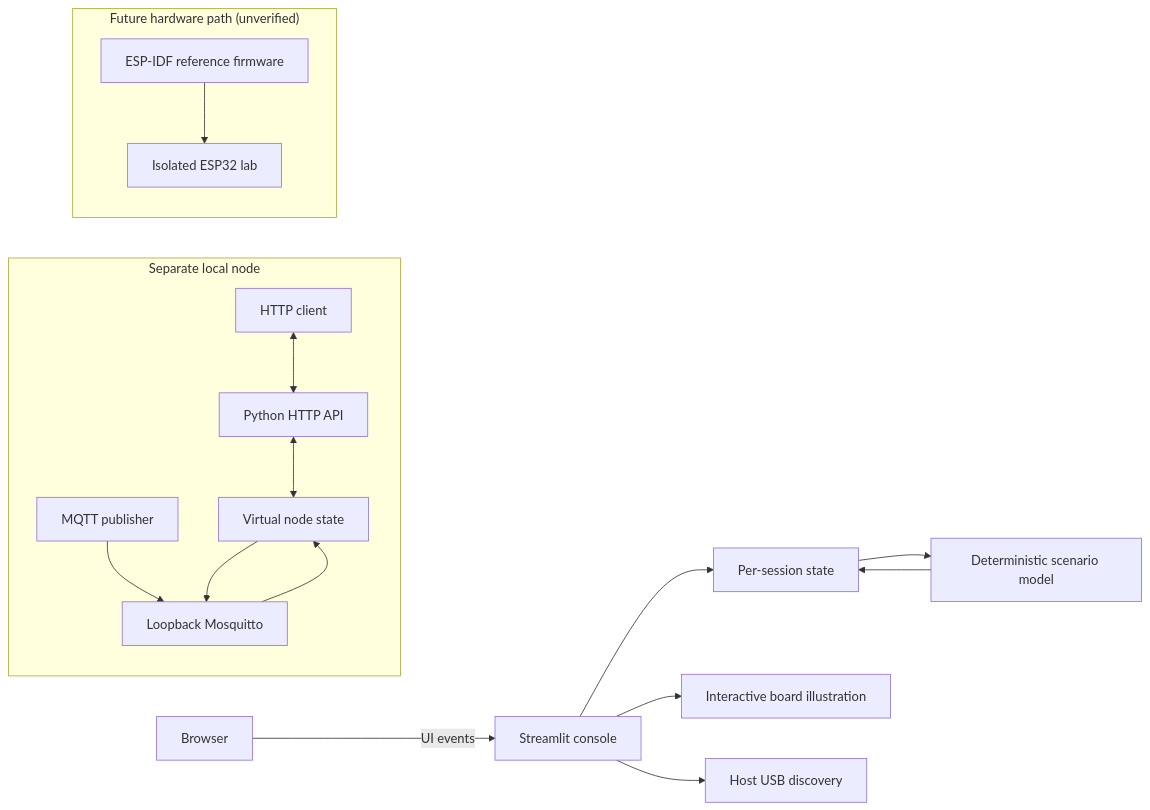
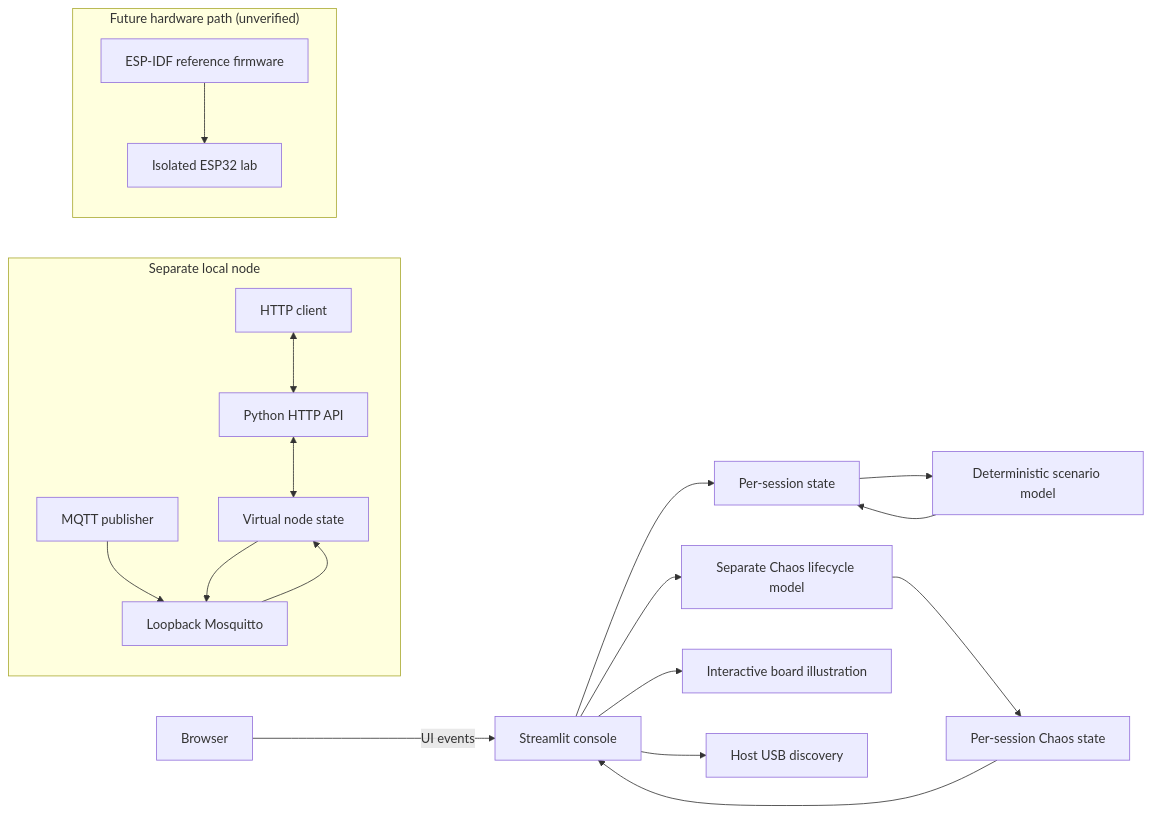
One commit to VIGIL-IoT/VIGIL-Spectra-32 changed the diagram in README.md. Above: the diagram before and after it, drawn with Mermaid. The commit also changed other lines of this file and 28 other files, not shown here.

````diff
--- a/README.md
+++ b/README.md
@@ -35,21 +38,24 @@
 ```mermaid
 flowchart LR
   Browser[Browser] -->|UI events| Streamlit[Streamlit console]
   Streamlit --> Session[Per-session state]
   Session --> Scenarios[Deterministic scenario model]
   Scenarios --> Session
+  Streamlit --> Chaos[Separate Chaos lifecycle model]
+  Chaos --> ChaosSession[Per-session Chaos state]
+  ChaosSession --> Streamlit
   Streamlit --> Board[Interactive board illustration]
   Streamlit --> Serial[Host USB discovery]
 
   subgraph LocalNode["Separate local node"]
     Client[HTTP client] <--> API[Python HTTP API]
     Publisher[MQTT publisher] --> Broker[Loopback Mosquitto]
     Broker --> Node[Virtual node state]
     API <--> Node
     Node --> Broker
   end
 
   subgraph FutureHardware["Future hardware path (unverified)"]
     Firmware[ESP-IDF reference firmware] --> Lab[Isolated ESP32 lab]
   end
 ```
````
